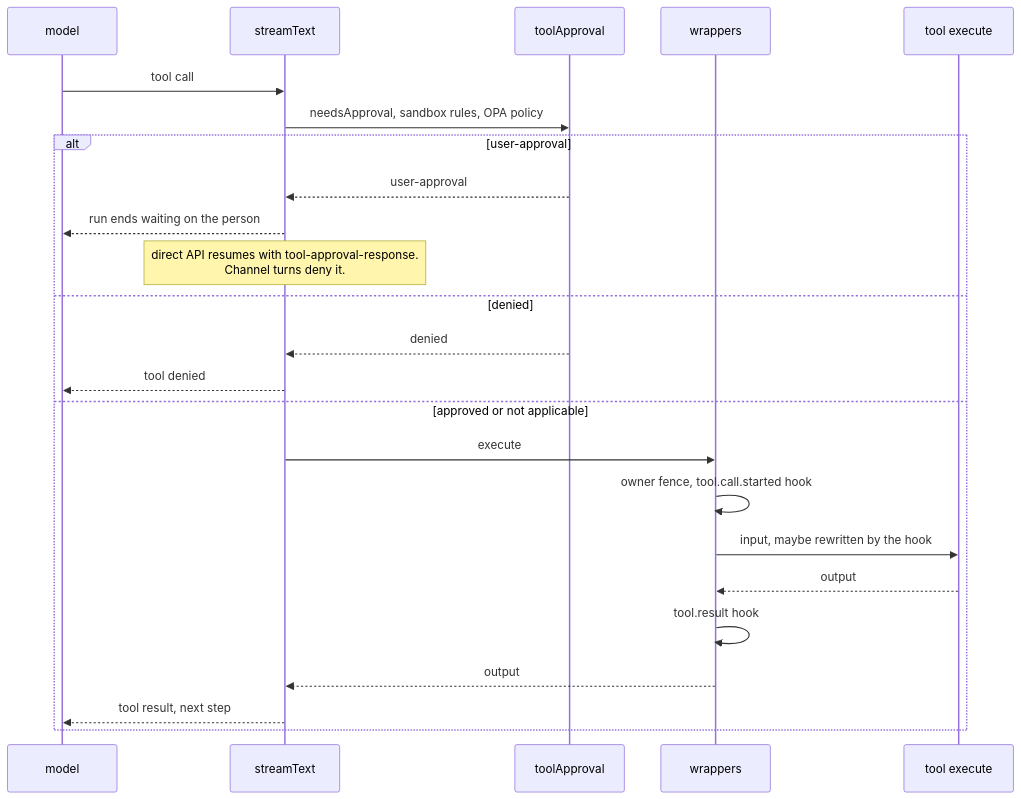
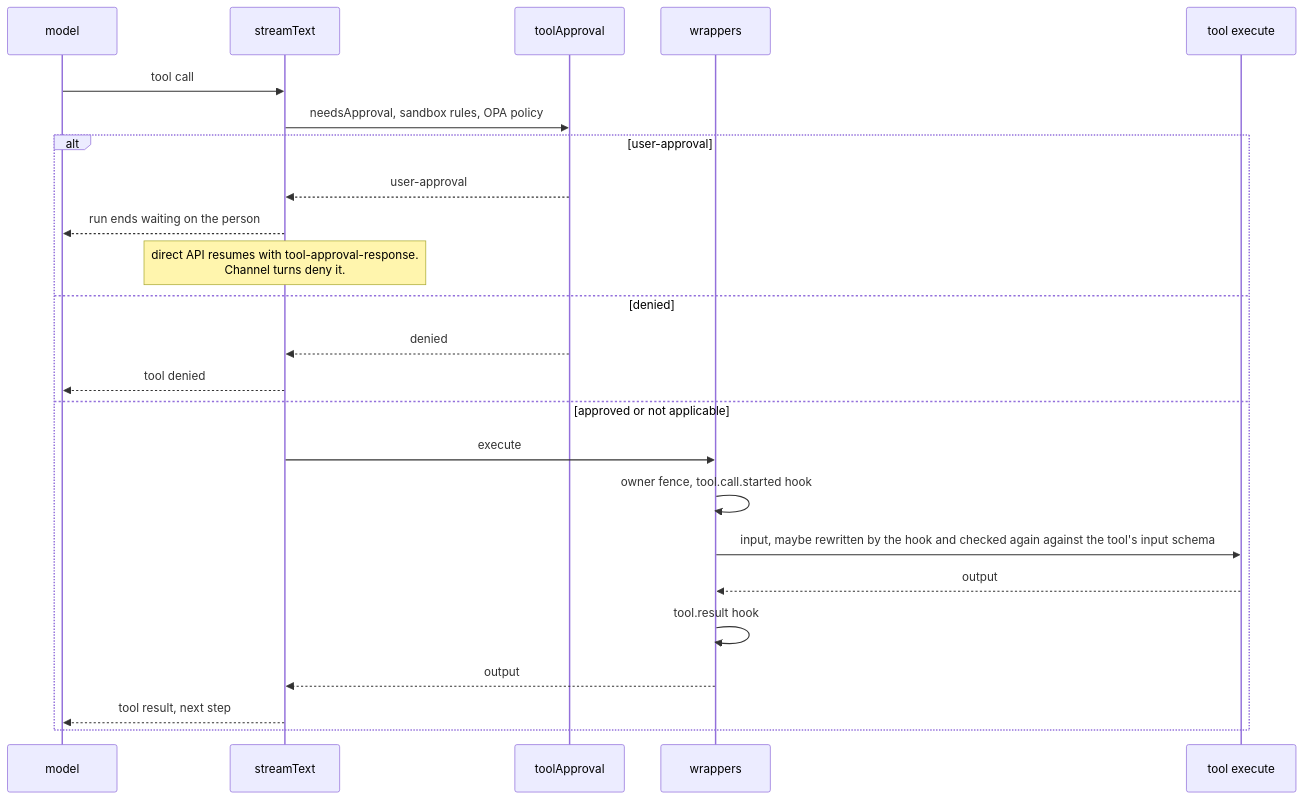
The second of 9 diagrams in apps/docs/docs/internals/tools-and-mcp.md (beeblastco/broods), drawn with Mermaid before and after one commit. The commit also changed 14 other files, not shown here.

````diff
--- a/apps/docs/docs/internals/tools-and-mcp.md
+++ b/apps/docs/docs/internals/tools-and-mcp.md
@@ -59,27 +59,27 @@
 ```mermaid
 sequenceDiagram
   participant M as model
   participant ST as streamText
   participant AP as toolApproval
   participant W as wrappers
   participant T as tool execute
 
   M->>ST: tool call
   ST->>AP: needsApproval, sandbox rules, OPA policy
   alt user-approval
     AP-->>ST: user-approval
     ST-->>M: run ends waiting on the person
     Note over ST: direct API resumes with tool-approval-response.<br/>Channel turns deny it.
   else denied
     AP-->>ST: denied
     ST-->>M: tool denied
   else approved or not applicable
     ST->>W: execute
     W->>W: owner fence, tool.call.started hook
-    W->>T: input, maybe rewritten by the hook
+    W->>T: input, maybe rewritten by the hook and checked again against the tool's input schema
     T-->>W: output
     W->>W: tool.result hook
     W-->>ST: output
     ST-->>M: tool result, next step
   end
 ```
````
